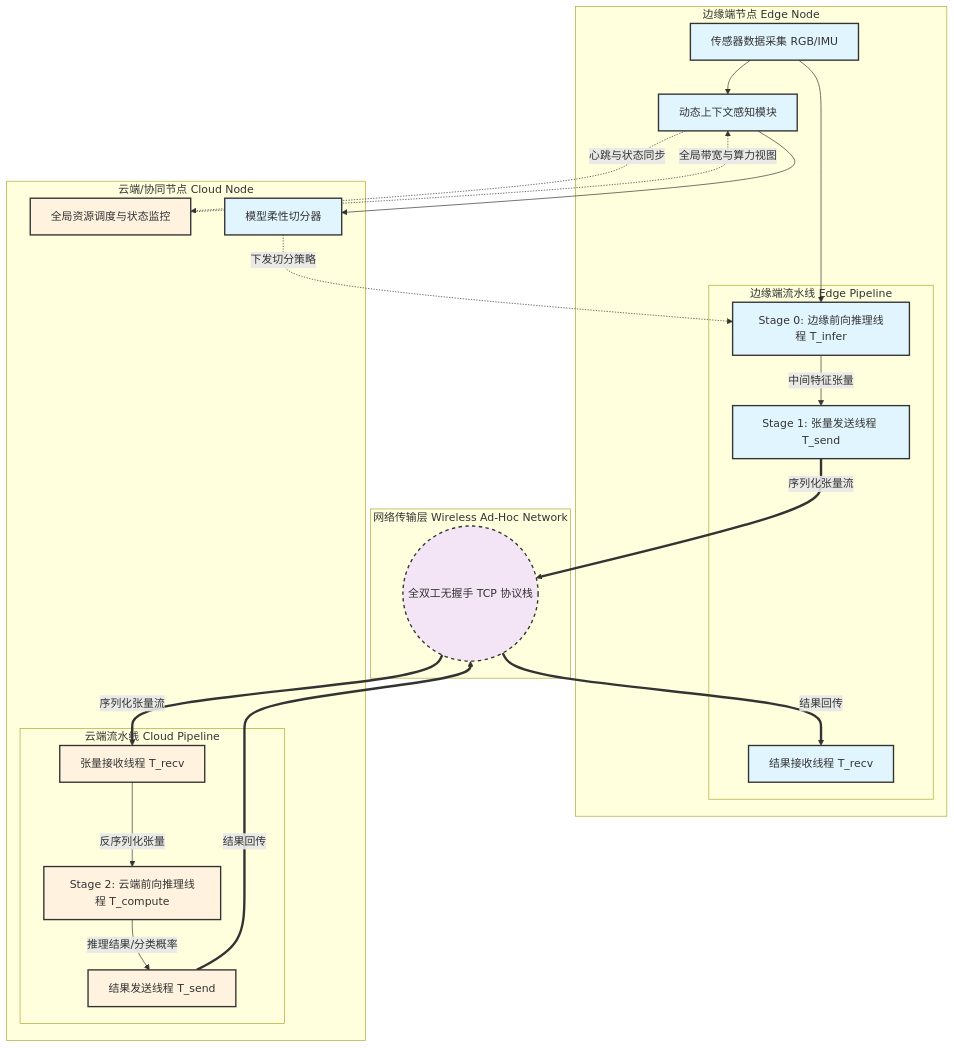
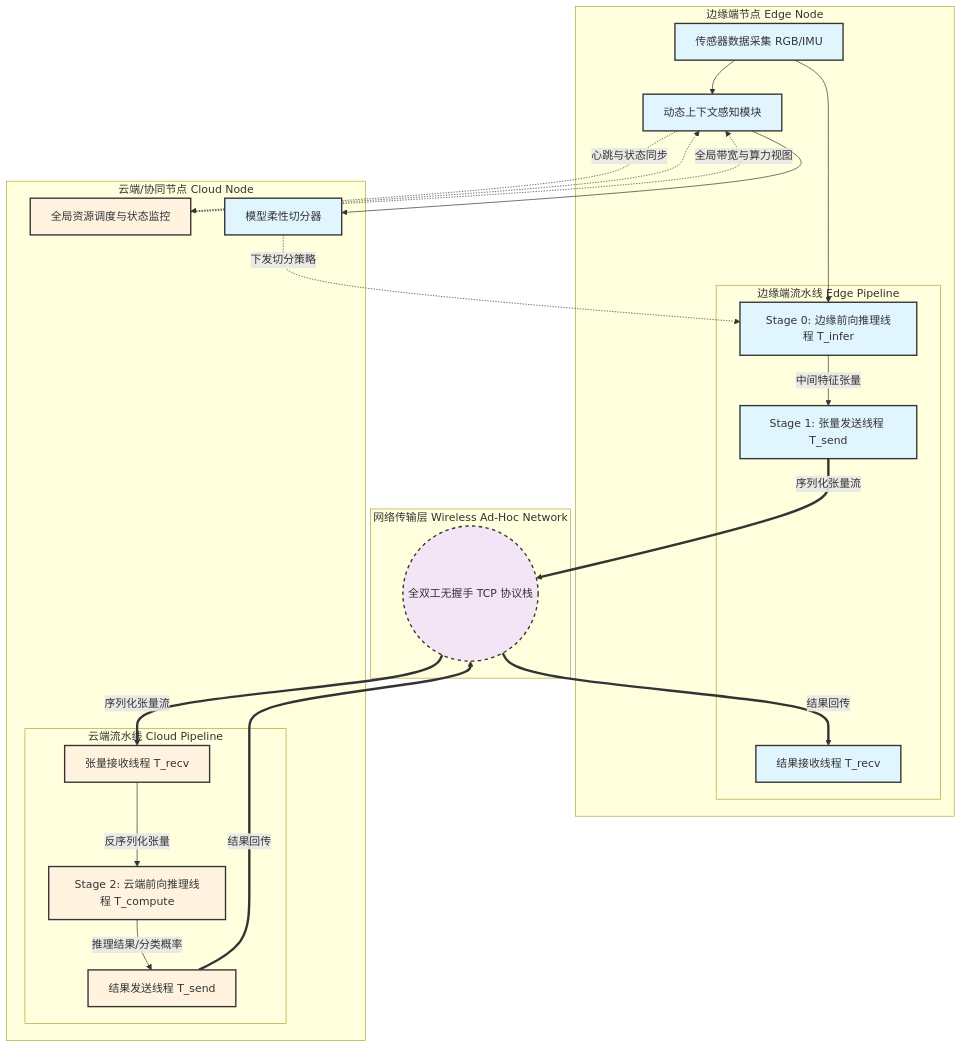
The diagram in all/AI-1.md (intmain-yy/iodraw-files), drawn with Mermaid before and after one commit.

Commit message:
2026-02-27 16:47:02 update

````diff
--- a/all/AI-1.md
+++ b/all/AI-1.md
@@ -1,52 +1,52 @@
 ```mermaid
 graph TD
     subgraph "边缘端节点 Edge Node"
         A1["传感器数据采集 RGB/IMU"] --> A2[动态上下文感知模块]
         
         
         subgraph "边缘端流水线 Edge Pipeline"
             A4[Stage 0: 边缘前向推理线程 T_infer]
             A5[Stage 1: 张量发送线程 T_send]
             A6[结果接收线程 T_recv]
         end
         
         
         A1 --> A4
         A4 -->|中间特征张量| A5
     end
 
     subgraph "网络传输层 Wireless Ad-Hoc Network"
         N1(("全双工无握手 TCP 协议栈"))
     end
 
     subgraph "云端/协同节点 Cloud Node"
         subgraph "云端流水线 Cloud Pipeline"
             C1[张量接收线程 T_recv]
             C2[Stage 2: 云端前向推理线程 T_compute]
             C3[结果发送线程 T_send]
         end
         
         C4[全局资源调度与状态监控]
-        C4
+        C4-.->
         A2 --> A3[模型柔性切分器]
         A3 -.->|下发切分策略| A4
     end
 
     A5 ==>|序列化张量流| N1
     N1 ==>|序列化张量流| C1
     C1 -->|反序列化张量| C2
     C2 -->|"推理结果/分类概率"| C3
     C3 ==>|结果回传| N1
     N1 ==>|结果回传| A6
     
     A2 -.->|心跳与状态同步| C4
     C4 -.->|全局带宽与算力视图| A2
 
     classDef edge fill:#e1f5fe,stroke:#333,stroke-width:2px;
     classDef cloud fill:#fff3e0,stroke:#333,stroke-width:2px;
     classDef net fill:#f3e5f5,stroke:#333,stroke-width:2px,stroke-dasharray: 5 5;
     
     class A1,A2,A3,A4,A5,A6 edge;
     class C1,C2,C3,C4 cloud;
     class N1 net;
 ```
````
